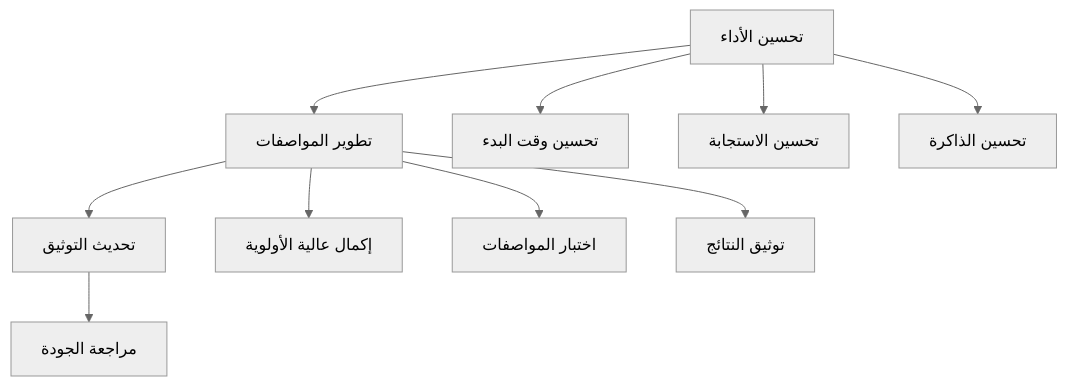
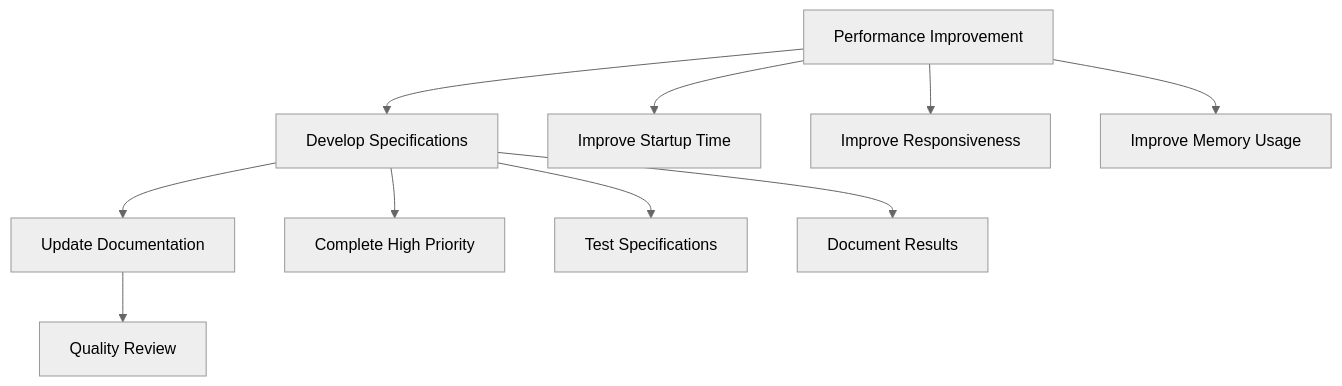
The second of 3 diagrams in .kiro/specs/comprehensive-improvement-plan/design.md (mohammed-murad-alqabal/Basir_accounting), drawn with Mermaid (neutral theme) before and after one commit. The commit also changed other lines of this file and 14 other files, not shown here.

````diff
--- a/.kiro/specs/comprehensive-improvement-plan/design.md
+++ b/.kiro/specs/comprehensive-improvement-plan/design.md
@@ -34,14 +34,14 @@
 ```mermaid
 graph TD
-    A[تحسين الأداء] --> B[تطوير المواصفات]
-    B --> C[تحديث التوثيق]
-    C --> D[مراجعة الجودة]
+    A[Performance Improvement] --> B[Develop Specifications]
+    B --> C[Update Documentation]
+    C --> D[Quality Review]
 
-    A --> A1[تحسين وقت البدء]
-    A --> A2[تحسين الاستجابة]
-    A --> A3[تحسين الذاكرة]
+    A --> A1[Improve Startup Time]
+    A --> A2[Improve Responsiveness]
+    A --> A3[Improve Memory Usage]
 
-    B --> B1[إكمال عالية الأولوية]
-    B --> B2[اختبار المواصفات]
-    B --> B3[توثيق النتائج]
+    B --> B1[Complete High Priority]
+    B --> B2[Test Specifications]
+    B --> B3[Document Results]
 ```
````
